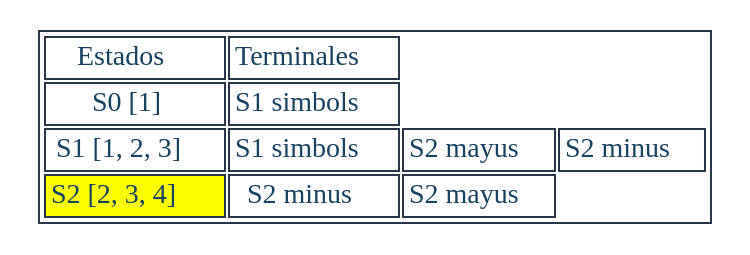
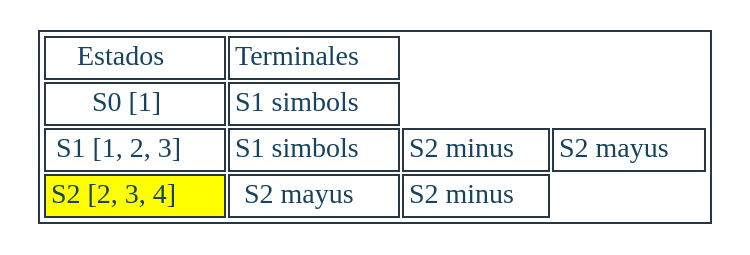
The diagram in Regexive/archivos/TRANSICIONES_201901557/erAzar.dot (JeffMendez/OCL_Proyecto1_201901557), drawn with Graphviz before and after one commit. The commit also changed 54 other files, not shown here.

```diff
--- a/Regexive/archivos/TRANSICIONES_201901557/erAzar.dot
+++ b/Regexive/archivos/TRANSICIONES_201901557/erAzar.dot
@@ -1,14 +1,14 @@
 digraph T {
 aHtmlTable [
    shape=plaintext
    color="#283747" fontcolor="#154360" label=<
 
    <table border='1' cellborder='1'>
    <tr>
       <td>Estados</td>
       <td>Terminales</td>
-   </tr><tr><td>S0 [1]</td><td>S1 simbols</td></tr><tr><td>S1 [1, 2, 3]</td><td>S1 simbols</td><td>S2 mayus</td><td>S2 minus</td></tr><tr><td bgcolor="yellow"> S2 [2, 3, 4]</td><td>S2 minus</td><td>S2 mayus</td></tr></table>
+   </tr><tr><td>S0 [1]</td><td>S1 simbols</td></tr><tr><td>S1 [1, 2, 3]</td><td>S1 simbols</td><td>S2 minus</td><td>S2 mayus</td></tr><tr><td bgcolor="yellow"> S2 [2, 3, 4]</td><td>S2 mayus</td><td>S2 minus</td></tr></table>
 
    >]; 
 
 }
```
